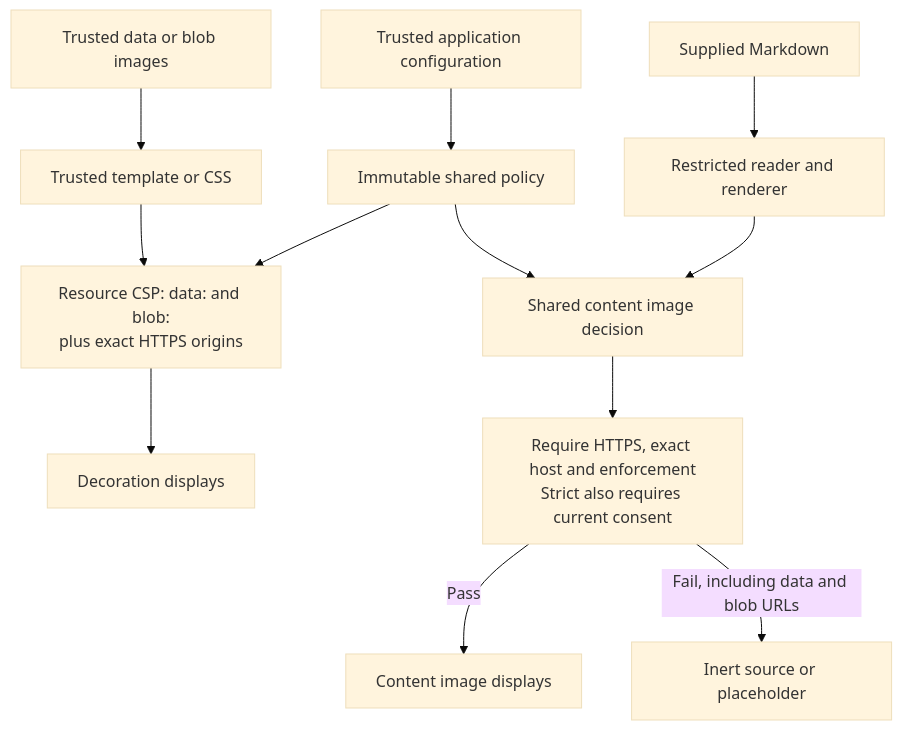
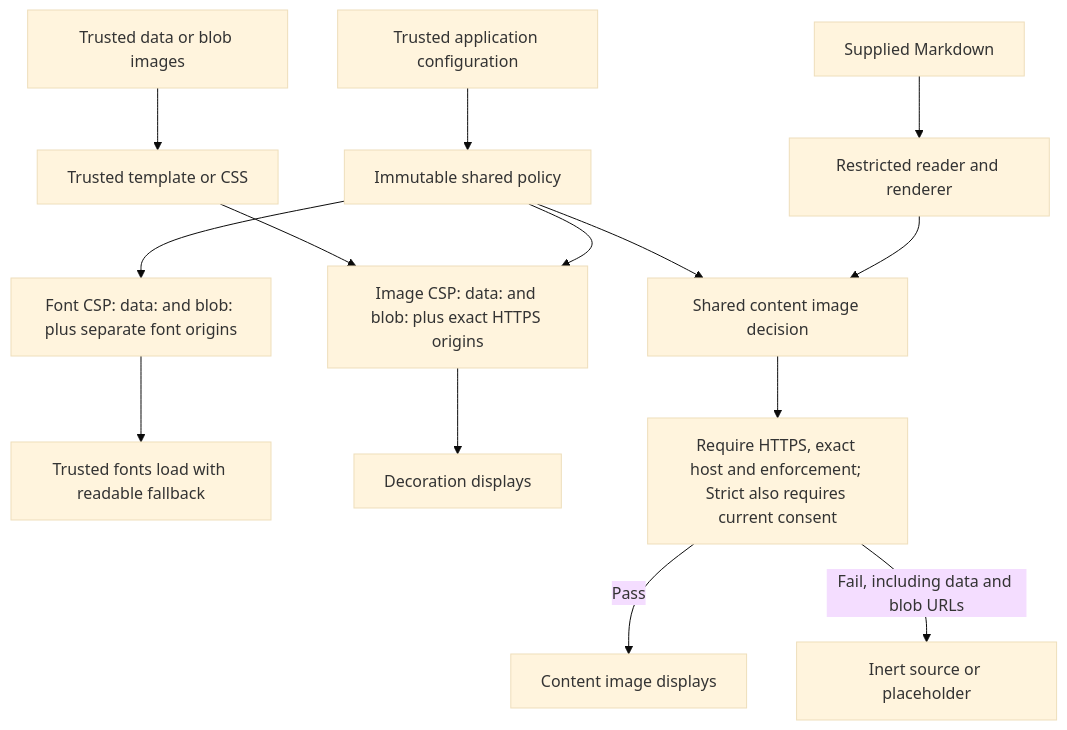
One commit to MachineWisdomAI/saga-a2ui changed the diagram in diagrams/embedded-artwork-policy.mmd. Above: the diagram before and after it, drawn with Mermaid (base theme). The commit also changed 4 other files, not shown here.

Commit message:
docs: define embedded and trusted remote font permissions

```diff
--- a/diagrams/embedded-artwork-policy.mmd
+++ b/diagrams/embedded-artwork-policy.mmd
@@ -1,12 +1,14 @@
 graph TD
   A[Trusted application configuration] --> P[Immutable shared policy]
-  P --> C[Resource CSP: data: and blob:\nplus exact HTTPS origins]
+  P --> C[Image CSP: data: and blob: plus exact HTTPS origins]
+  P --> F[Font CSP: data: and blob: plus separate font origins]
+  F --> W[Trusted fonts load with readable fallback]
   B[Trusted data or blob images] --> T[Trusted template or CSS]
   T --> C
   C --> D[Decoration displays]
   U[Supplied Markdown] --> R[Restricted reader and renderer]
   R --> I[Shared content image decision]
   P --> I
-  I --> G[Require HTTPS, exact host and enforcement\nStrict also requires current consent]
+  I --> G[Require HTTPS, exact host and enforcement; Strict also requires current consent]
   G -->|Pass| V[Content image displays]
   G -->|Fail, including data and blob URLs| X[Inert source or placeholder]
```
